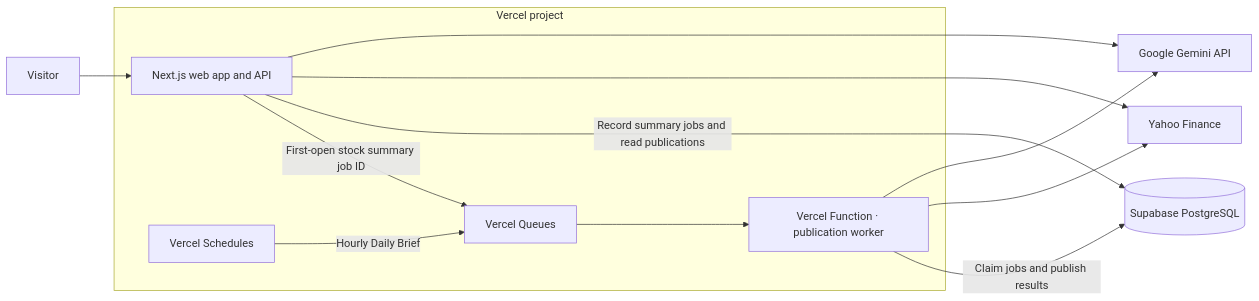
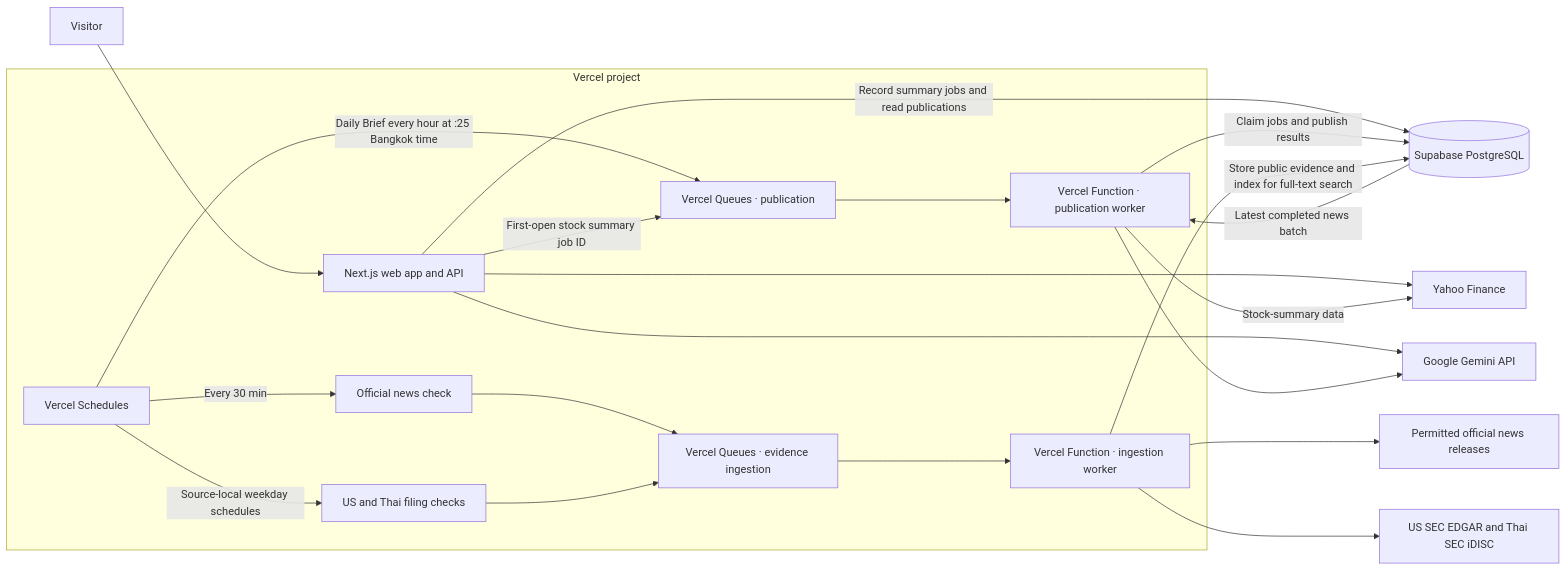
Before and after one commit to senella02/smart-financial-advisor: the diagram in docs/adr/0006-vercel-hosting-and-scheduled-publication-trigger.md, drawn with Mermaid. The commit also changed other lines of this file and 13 other files, not shown here.

Commit message:
docs: finalize open decision and generate diagrams

````diff
--- a/docs/adr/0006-vercel-hosting-and-scheduled-publication-trigger.md
+++ b/docs/adr/0006-vercel-hosting-and-scheduled-publication-trigger.md
@@ -28,18 +28,26 @@
 ```mermaid
 flowchart LR
     Visitor["Visitor"] --> Web
 
     subgraph Vercel["Vercel project"]
         Web["Next.js web app and API"]
-        Scheduler["Vercel Schedules"] -->|Hourly Daily Brief| Queue["Vercel Queues"]
+        Scheduler["Vercel Schedules"] -->|Daily Brief every hour at :25 Bangkok time| Queue["Vercel Queues · publication"]
+        Scheduler -->|Every 30 min| NewsCheck["Official news check"]
+        Scheduler -->|Source-local weekday schedules| FilingCheck["US and Thai filing checks"]
+        NewsCheck & FilingCheck --> IngestQueue["Vercel Queues · evidence ingestion"]
         Web -->|First-open stock summary job ID| Queue
         Queue --> Worker["Vercel Function · publication worker"]
+        IngestQueue --> IngestWorker["Vercel Function · ingestion worker"]
     end
 
     Web -->|Record summary jobs and read publications| DB[("Supabase PostgreSQL")]
     Worker -->|Claim jobs and publish results| DB
+    DB -->|Latest completed news batch| Worker
+    IngestWorker -->|Store public evidence and index for full-text search| DB
     Web --> Market["Yahoo Finance"]
-    Worker --> Market
+    Worker -->|Stock-summary data| Market
+    IngestWorker --> News["Permitted official news releases"]
+    IngestWorker --> Filings["US SEC EDGAR and Thai SEC iDISC"]
     Web --> Gemini["Google Gemini API"]
     Worker --> Gemini
 ```
````
